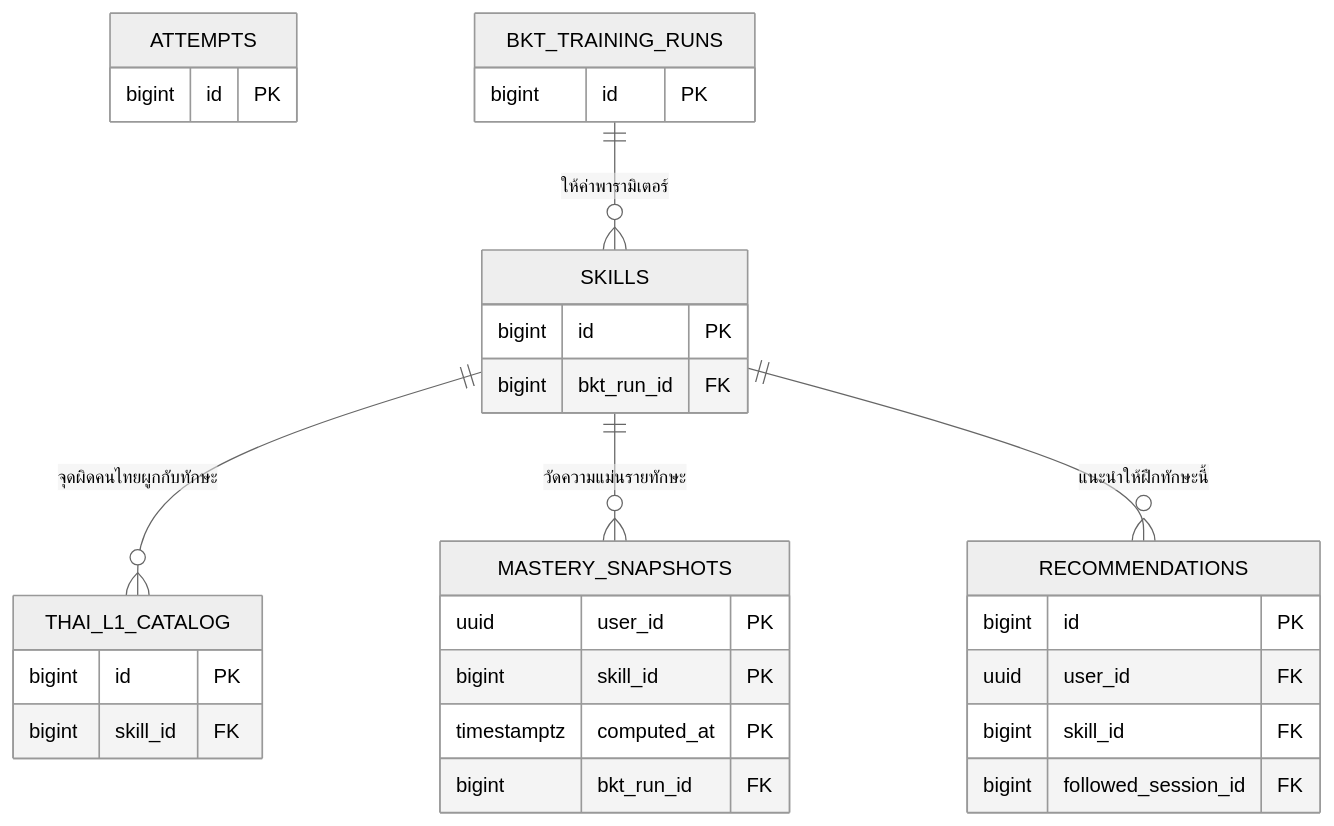
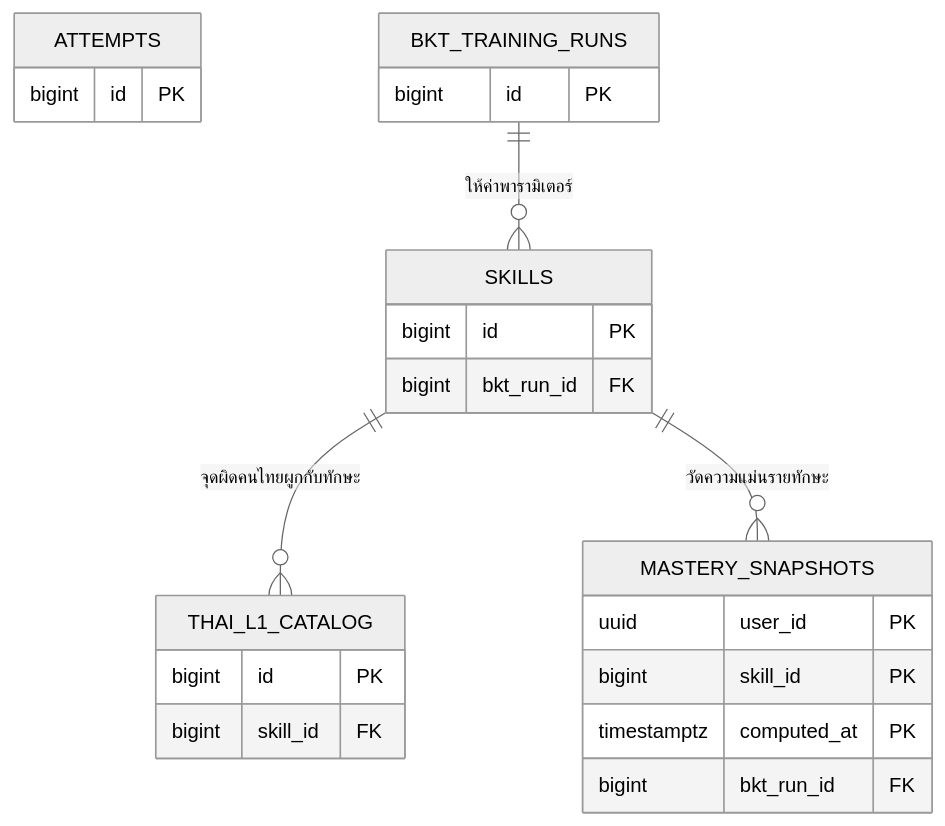
One commit to barbon441/Intelligent-Chinese-Tutoring-System-for-Thai-Learners changed the fourth of 6 diagrams in docs/08_สเปค-พัฒนา/ER-ฉบับย่อ-หัวตารางและคีย์.md. Above: the diagram before and after it, drawn with Mermaid (neutral theme). The commit also changed other lines of this file and 9 other files, not shown here.

````diff
--- a/docs/08_สเปค-พัฒนา/ER-ฉบับย่อ-หัวตารางและคีย์.md
+++ b/docs/08_สเปค-พัฒนา/ER-ฉบับย่อ-หัวตารางและคีย์.md
@@ -138,33 +141,26 @@
 ```mermaid
 erDiagram
     ATTEMPTS {
         bigint id PK
     }
     BKT_TRAINING_RUNS {
         bigint id PK
     }
     SKILLS {
         bigint id PK
         bigint bkt_run_id FK
     }
     THAI_L1_CATALOG {
         bigint id PK
         bigint skill_id FK
     }
     MASTERY_SNAPSHOTS {
         uuid user_id PK
         bigint skill_id PK
         timestamptz computed_at PK
         bigint bkt_run_id FK
     }
-    RECOMMENDATIONS {
-        bigint id PK
-        uuid user_id FK
-        bigint skill_id FK
-        bigint followed_session_id FK
-    }
     BKT_TRAINING_RUNS ||--o{ SKILLS : "ให้ค่าพารามิเตอร์"
     SKILLS ||--o{ THAI_L1_CATALOG : "จุดผิดคนไทยผูกกับทักษะ"
     SKILLS ||--o{ MASTERY_SNAPSHOTS : "วัดความแม่นรายทักษะ"
-    SKILLS ||--o{ RECOMMENDATIONS : "แนะนำให้ฝึกทักษะนี้"
 ```
````
